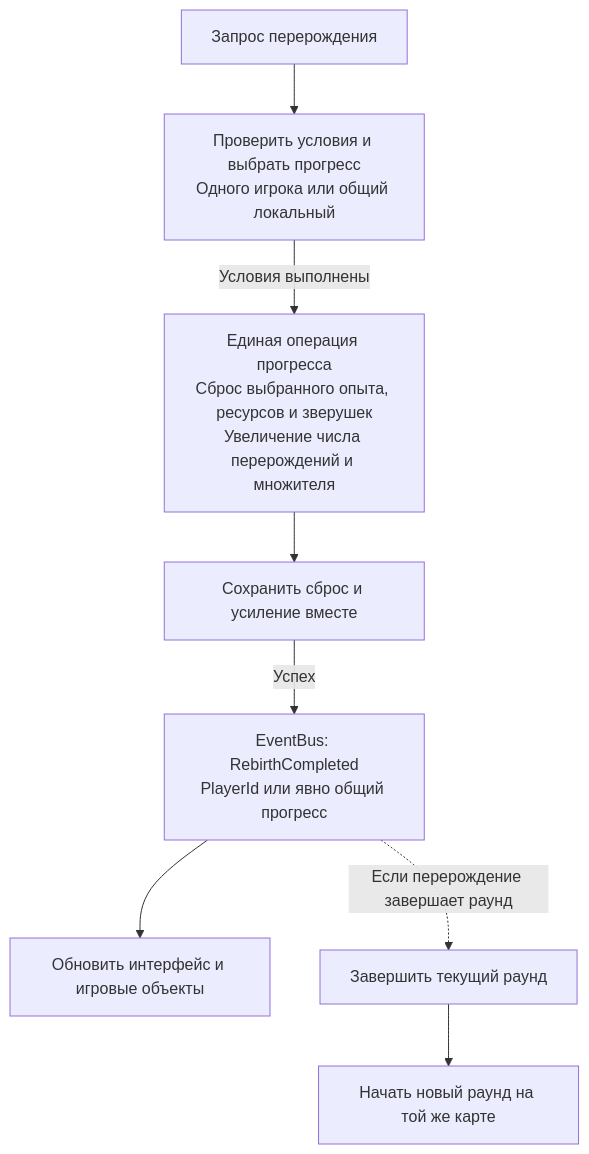
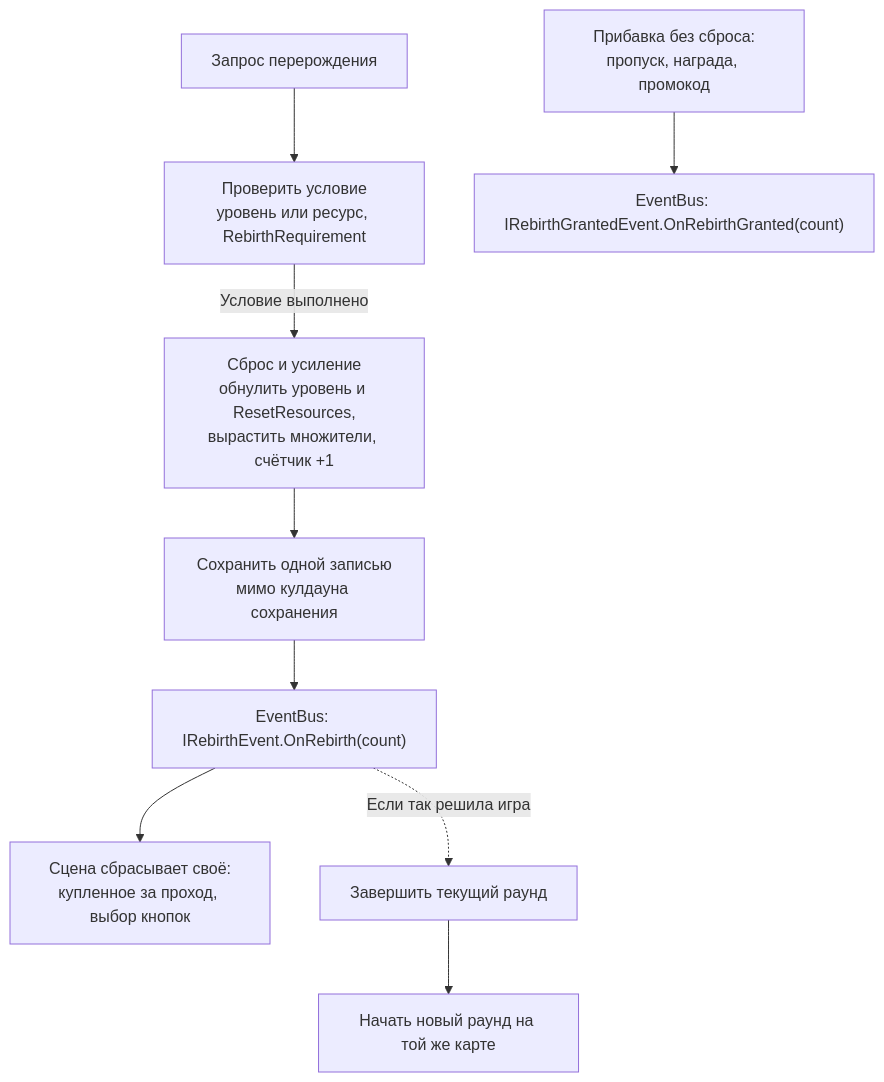
The third of 3 diagrams in Modules/GameSessions/README.md (prethink/PRUnitySDK), drawn with Mermaid before and after one commit. The commit also changed other lines of this file and 4 other files, not shown here.

````diff
--- a/Modules/GameSessions/README.md
+++ b/Modules/GameSessions/README.md
@@ -128,10 +131,11 @@
 ```mermaid
 flowchart TD
-    Request["Запрос перерождения"] --> Check["Проверить условия и выбрать прогресс\nОдного игрока или общий локальный"]
-    Check -->|"Условия выполнены"| Progress["Единая операция прогресса\nСброс выбранного опыта, ресурсов и зверушек\nУвеличение числа перерождений и множителя"]
-    Progress --> Save["Сохранить сброс и усиление вместе"]
-    Save -->|"Успех"| Event["EventBus: RebirthCompleted\nPlayerId или явно общий прогресс"]
-    Event --> View["Обновить интерфейс и игровые объекты"]
-    Event -.->|"Если перерождение завершает раунд"| EndRound["Завершить текущий раунд"]
+    Request["Запрос перерождения"] --> Check["Проверить условие\nуровень или ресурс, RebirthRequirement"]
+    Check -->|"Условие выполнено"| Progress["Сброс и усиление\nобнулить уровень и ResetResources,\nвырастить множители, счётчик +1"]
+    Progress --> Save["Сохранить одной записью\nмимо кулдауна сохранения"]
+    Save --> Event["EventBus: IRebirthEvent.OnRebirth(count)"]
+    Event --> View["Сцена сбрасывает своё:\nкупленное за проход, выбор кнопок"]
+    Event -.->|"Если так решила игра"| EndRound["Завершить текущий раунд"]
     EndRound --> Next["Начать новый раунд на той же карте"]
+    Grant["Прибавка без сброса:\nпропуск, награда, промокод"] --> Granted["EventBus: IRebirthGrantedEvent.OnRebirthGranted(count)"]
 ```
````
